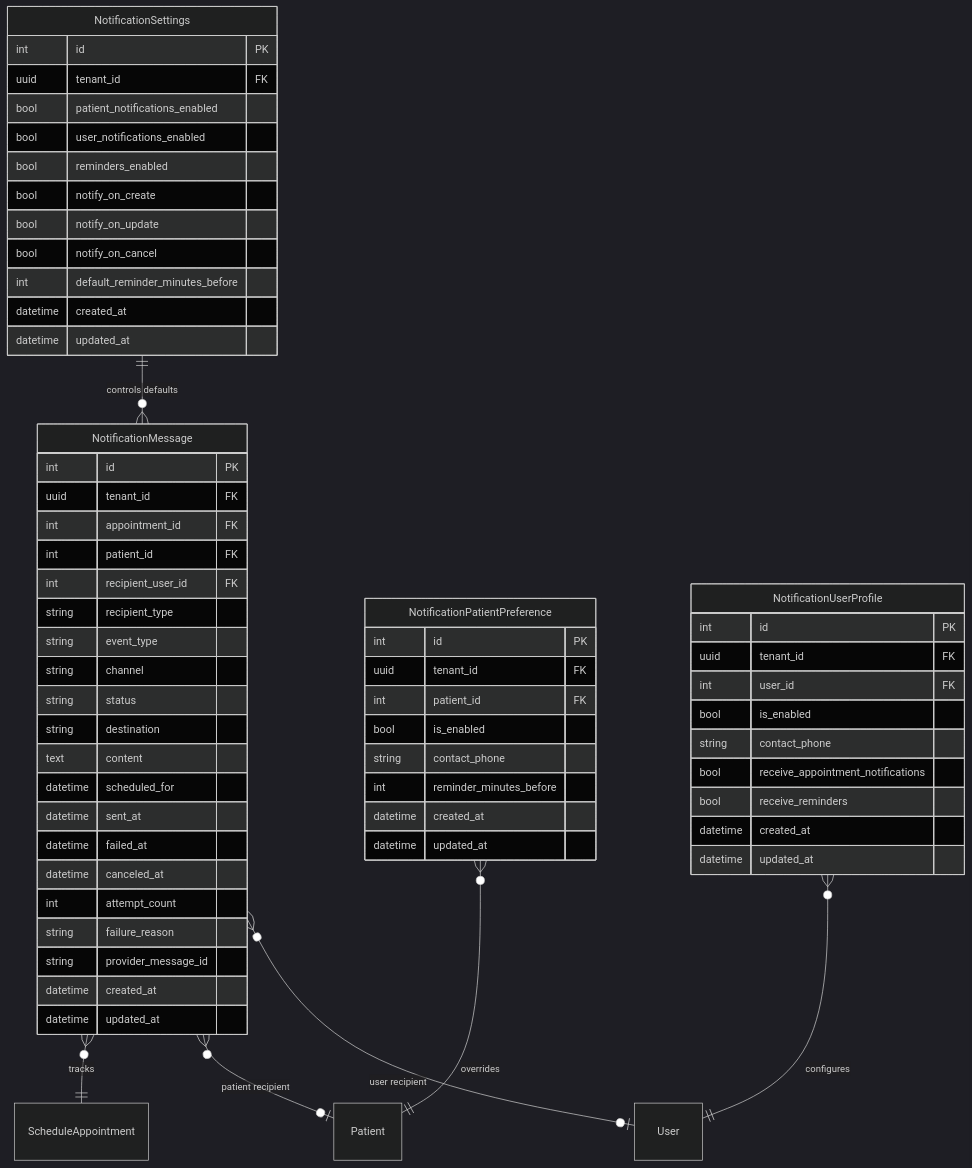
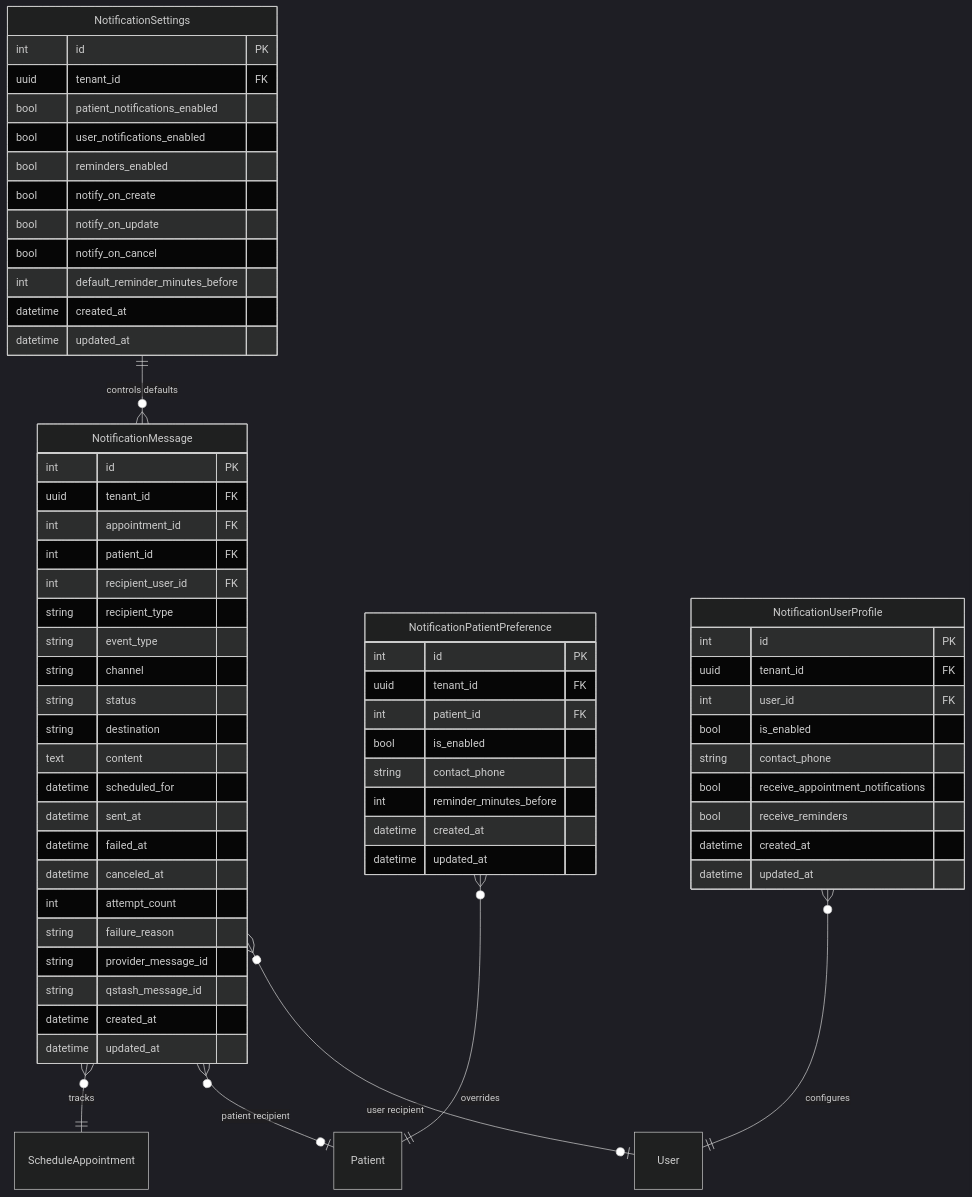
The second of 2 diagrams in docs/features/notification.md (adriangpo/mindflow-api), drawn with Mermaid (dark theme) before and after one commit. The commit also changed other lines of this file and 30 other files, not shown here.

````diff
--- a/docs/features/notification.md
+++ b/docs/features/notification.md
@@ -64,69 +66,70 @@
 ```mermaid
 erDiagram
     NotificationSettings ||--o{ NotificationMessage : "controls defaults"
     NotificationPatientPreference }o--|| Patient : "overrides"
     NotificationUserProfile }o--|| User : "configures"
     NotificationMessage }o--|| ScheduleAppointment : "tracks"
     NotificationMessage }o--o| Patient : "patient recipient"
     NotificationMessage }o--o| User : "user recipient"
 
     NotificationSettings {
         int id PK
         uuid tenant_id FK
         bool patient_notifications_enabled
         bool user_notifications_enabled
         bool reminders_enabled
         bool notify_on_create
         bool notify_on_update
         bool notify_on_cancel
         int default_reminder_minutes_before
         datetime created_at
         datetime updated_at
     }
 
     NotificationPatientPreference {
         int id PK
         uuid tenant_id FK
         int patient_id FK
         bool is_enabled
         string contact_phone
         int reminder_minutes_before
         datetime created_at
         datetime updated_at
     }
 
     NotificationUserProfile {
         int id PK
         uuid tenant_id FK
         int user_id FK
         bool is_enabled
         string contact_phone
         bool receive_appointment_notifications
         bool receive_reminders
         datetime created_at
         datetime updated_at
     }
 
     NotificationMessage {
         int id PK
         uuid tenant_id FK
         int appointment_id FK
         int patient_id FK
         int recipient_user_id FK
         string recipient_type
         string event_type
         string channel
         string status
         string destination
         text content
         datetime scheduled_for
         datetime sent_at
         datetime failed_at
         datetime canceled_at
         int attempt_count
         string failure_reason
         string provider_message_id
+        string qstash_message_id
         datetime created_at
         datetime updated_at
     }
 ```
````
